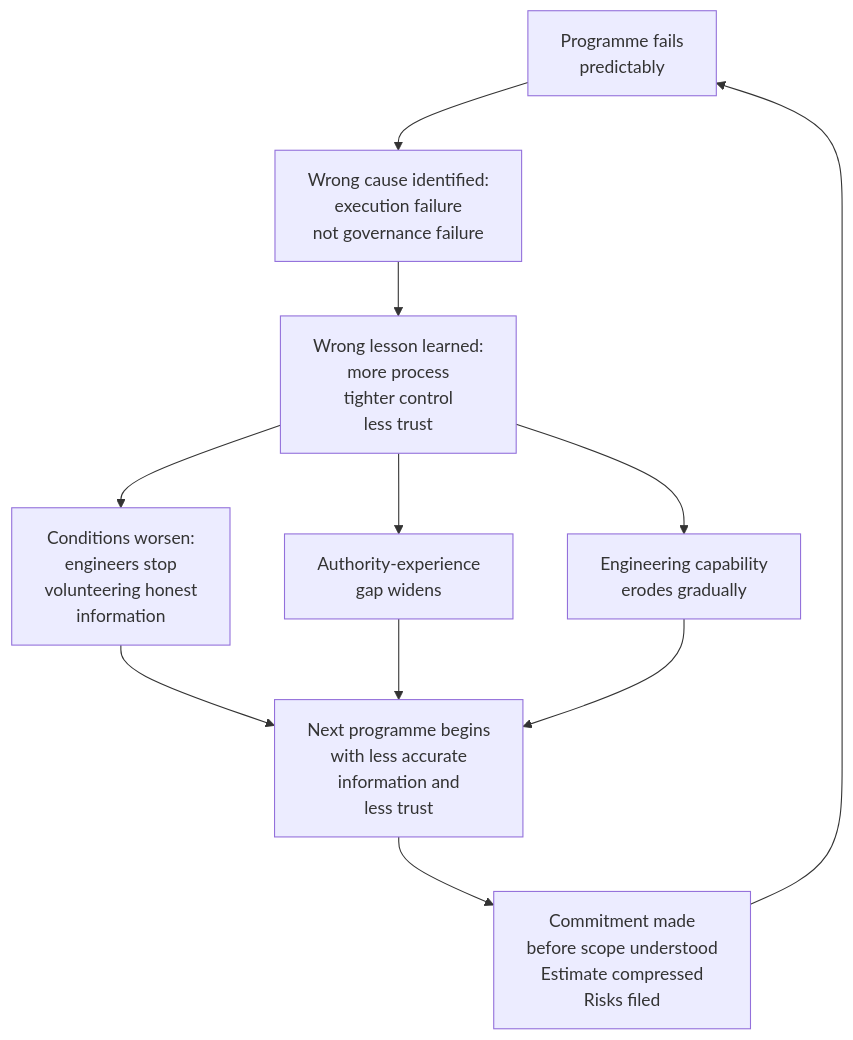
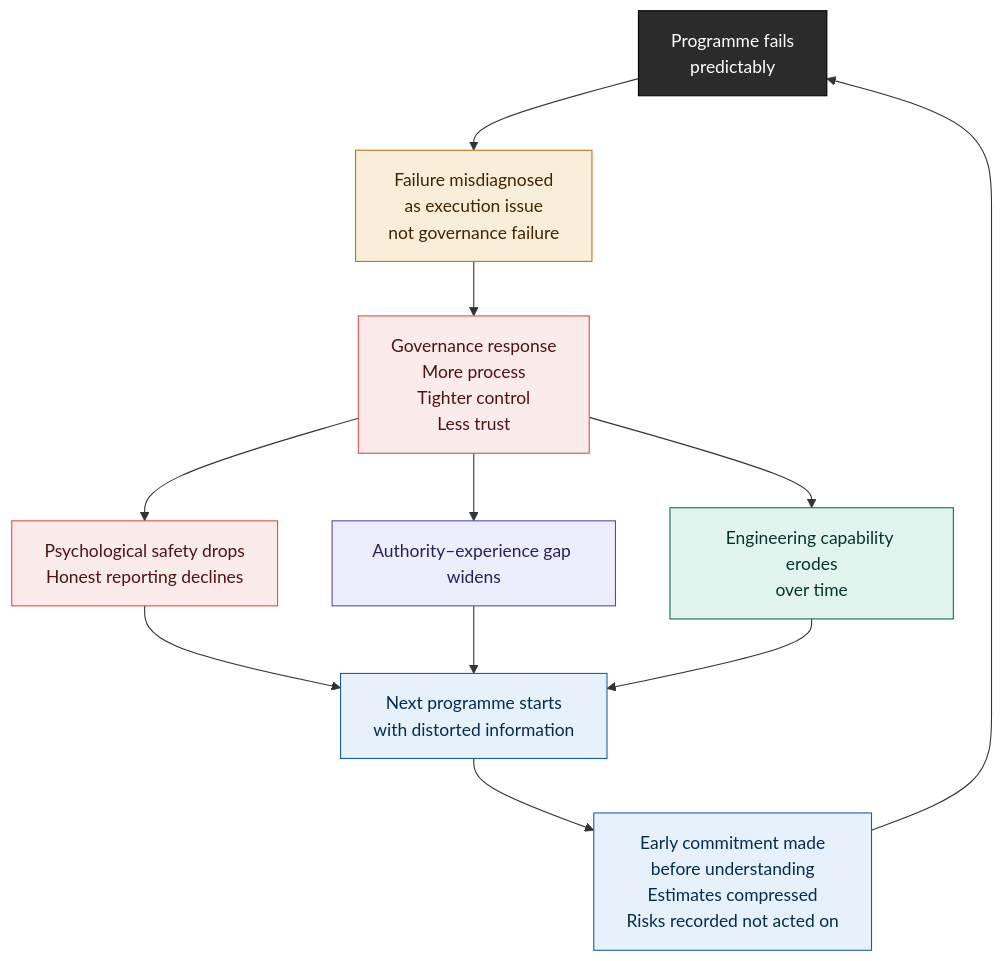
One commit to markbac/docs-WoW changed the diagram in docs/ways-of-working/firmitas2/06_part_1/chapters/05_the_learning_that_doesnt_happen.md. Above: the diagram before and after it, drawn with Mermaid. The commit also changed 30 other files, not shown here.

````diff
--- a/docs/ways-of-working/firmitas2/06_part_1/chapters/05_the_learning_that_doesnt_happen.md
+++ b/docs/ways-of-working/firmitas2/06_part_1/chapters/05_the_learning_that_doesnt_happen.md
@@ -53,15 +53,31 @@
 ```mermaid
 flowchart TD
-    A["Programme fails\npredictably"] --> B["Wrong cause identified:\nexecution failure\nnot governance failure"]
-    B --> C["Wrong lesson learned:\nmore process\ntighter control\nless trust"]
-    C --> D["Conditions worsen:\nengineers stop\nvolunteering honest\ninformation"]
-    D --> E["Next programme begins\nwith less accurate\ninformation and\nless trust"]
-    E --> F["Commitment made\nbefore scope understood\nEstimate compressed\nRisks filed"]
+    A["Programme fails<br>predictably"] --> B["Failure misdiagnosed<br>as execution issue<br>not governance failure"]
+
+    B --> C["Governance response<br>More process<br>Tighter control<br>Less trust"]
+
+    %% Core reinforcing loop
+    C --> D["Psychological safety drops<br>Honest reporting declines"]
+    D --> E["Next programme starts<br>with distorted information"]
+    E --> F["Early commitment made<br>before understanding<br>Estimates compressed<br>Risks recorded not acted on"]
     F --> A
 
-    C --> G["Authority-experience\ngap widens"]
+    %% Secondary reinforcing effects
+    C --> G["Authority–experience gap widens"]
     G --> E
 
-    C --> H["Engineering capability\nerodes gradually"]
+    C --> H["Engineering capability erodes<br>over time"]
     H --> E
+
+    %% Styling
+    style A fill:#2B2B2B,stroke:#000,color:#FFFFFF
+    style B fill:#FAEEDA,stroke:#BA7517,color:#412402
+    style C fill:#FCEBEB,stroke:#E24B4A,color:#501313
+
+    style D fill:#FCEBEB,stroke:#E24B4A,color:#501313
+    style E fill:#E6F1FB,stroke:#185FA5,color:#042C53
+    style F fill:#E6F1FB,stroke:#185FA5,color:#042C53
+
+    style G fill:#EEEDFE,stroke:#534AB7,color:#26215C
+    style H fill:#E1F5EE,stroke:#0F6E56,color:#04342C
 ```
````
